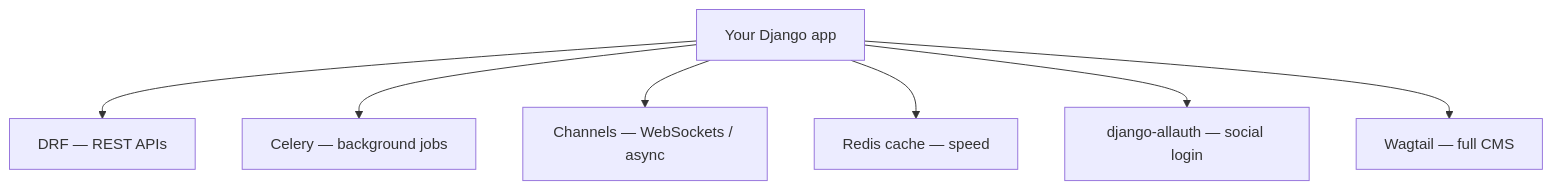
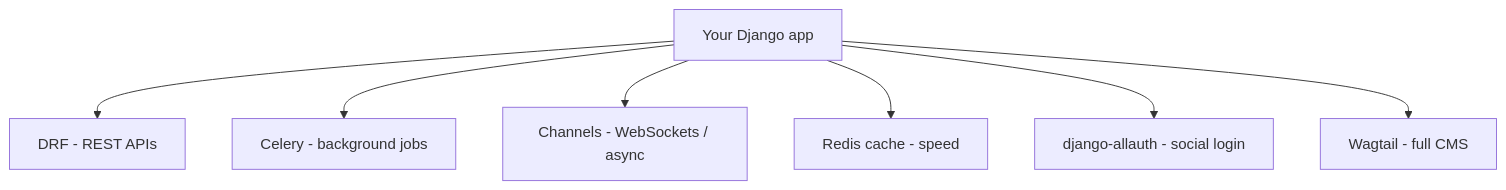
Before and after one commit to Topurrra/themissingmanual: the diagram in guides/frameworks/django-from-zero/11-where-to-go-next.md, drawn with Mermaid. The commit also changed other lines of this file and 1009 other files, not shown here.

````diff
--- a/guides/frameworks/django-from-zero/11-where-to-go-next.md
+++ b/guides/frameworks/django-from-zero/11-where-to-go-next.md
@@ -60,9 +60,9 @@
 ```mermaid
 flowchart TD
-  D[Your Django app] --> DRF[DRF — REST APIs]
-  D --> CEL[Celery — background jobs]
-  D --> CH[Channels — WebSockets / async]
-  D --> CA[Redis cache — speed]
-  D --> AA[django-allauth — social login]
-  D --> WG[Wagtail — full CMS]
+  D[Your Django app] --> DRF[DRF - REST APIs]
+  D --> CEL[Celery - background jobs]
+  D --> CH[Channels - WebSockets / async]
+  D --> CA[Redis cache - speed]
+  D --> AA[django-allauth - social login]
+  D --> WG[Wagtail - full CMS]
 ```
````
